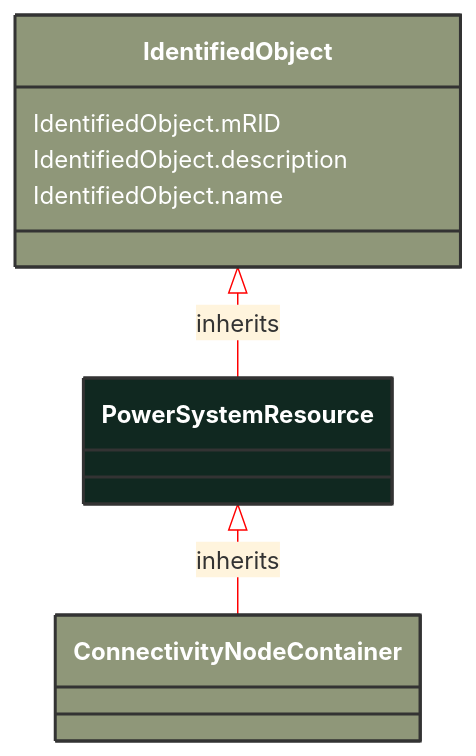
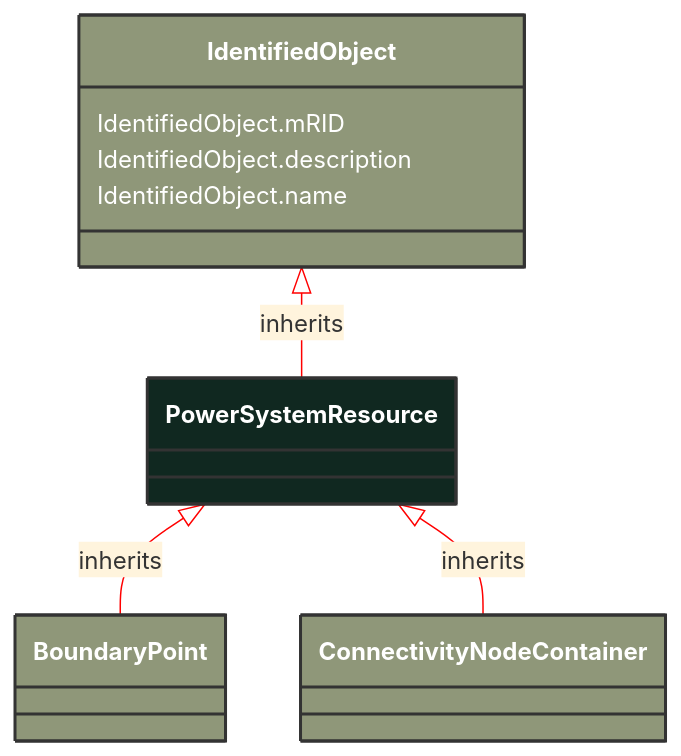
Before and after one commit to 3lbits/NoCIMExtensions: the diagram in docs/Models/Profiles/Telemark-120BoundaryModel/AbstractClasses/PowerSystemResource.md, drawn with Mermaid. The commit also changed 50 other files, not shown here.

````diff
--- a/docs/Models/Profiles/Telemark-120BoundaryModel/AbstractClasses/PowerSystemResource.md
+++ b/docs/Models/Profiles/Telemark-120BoundaryModel/AbstractClasses/PowerSystemResource.md
@@ -10,23 +10,29 @@
 ```mermaid
 %%{init: {'theme':'base','themeVariables': {'lineColor': '#FF0000'}}}%%
 classDiagram
     class PowerSystemResource
     click PowerSystemResource href "/Models/Profiles/Telemark-120BoundaryModel/AbstractClasses/PowerSystemResource/"
     style PowerSystemResource fill:#102820,stroke:#333,stroke-width:2px,rx:10,ry:10,color:white
+
+        PowerSystemResource <|-- BoundaryPoint : inherits
+
+        BoundaryPoint
+            click BoundaryPoint href "/Models/Profiles/Telemark-120BoundaryModel/ConcreteClasses/BoundaryPoint/"
+            style BoundaryPoint fill:#8F9779,stroke:#333,stroke-width:2px,rx:10,ry:10,color:white
 
         PowerSystemResource <|-- ConnectivityNodeContainer : inherits
 
         ConnectivityNodeContainer
             click ConnectivityNodeContainer href "/Models/Profiles/Telemark-120BoundaryModel/AbstractClasses/ConnectivityNodeContainer/"
             style ConnectivityNodeContainer fill:#8F9779,stroke:#333,stroke-width:2px,rx:10,ry:10,color:white
      
         IdentifiedObject <|-- PowerSystemResource : inherits
             click IdentifiedObject href "/Models/Profiles/Telemark-120BoundaryModel/AbstractClasses/IdentifiedObject/"
             style IdentifiedObject fill:#8F9779,stroke:#333,stroke-width:2px,rx:10,ry:10,color:white
 
 
 
         IdentifiedObject : IdentifiedObject.mRID
         IdentifiedObject : IdentifiedObject.description
         IdentifiedObject : IdentifiedObject.name
 ```
````
